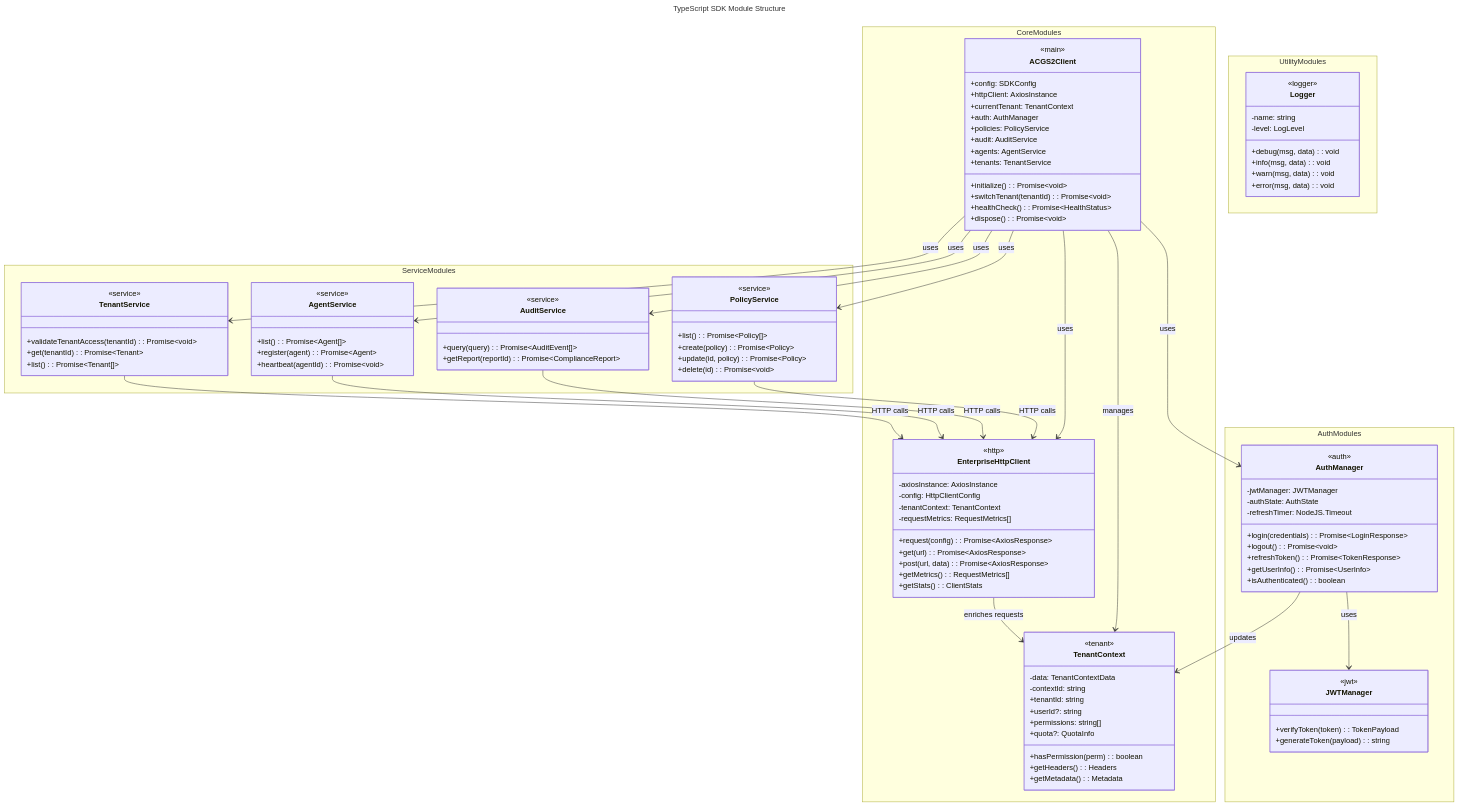
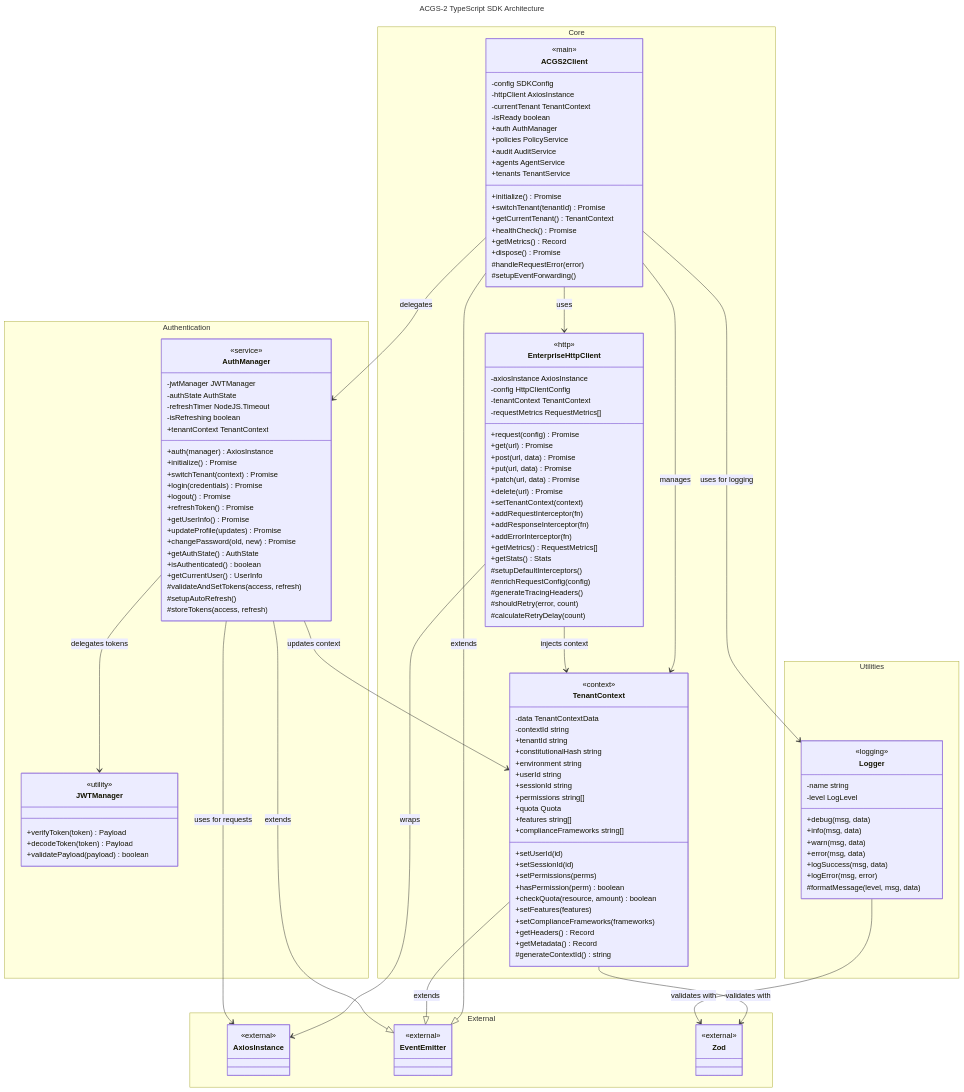
Before and after one commit to dislovelhl/acgs2: the first of 2 diagrams in C4-Documentation/c4-code-typescript-sdk.md, drawn with Mermaid. The commit also changed other lines of this file and 1544 other files, not shown here.

````diff
--- a/C4-Documentation/c4-code-typescript-sdk.md
+++ b/C4-Documentation/c4-code-typescript-sdk.md
@@ -620,128 +584,160 @@
 ```mermaid
 ---
-title: TypeScript SDK Module Structure
+title: ACGS-2 TypeScript SDK Architecture
 ---
 classDiagram
-    namespace CoreModules {
+    namespace Core {
         class ACGS2Client {
             <<main>>
-            +config: SDKConfig
-            +httpClient: AxiosInstance
-            +currentTenant: TenantContext
-            +auth: AuthManager
-            +policies: PolicyService
-            +audit: AuditService
-            +agents: AgentService
-            +tenants: TenantService
-            +initialize(): Promise~void~
-            +switchTenant(tenantId): Promise~void~
-            +healthCheck(): Promise~HealthStatus~
-            +dispose(): Promise~void~
+            -config SDKConfig
+            -httpClient AxiosInstance
+            -currentTenant TenantContext
+            -isReady boolean
+            +auth AuthManager
+            +policies PolicyService
+            +audit AuditService
+            +agents AgentService
+            +tenants TenantService
+            +initialize() Promise
+            +switchTenant(tenantId) Promise
+            +getCurrentTenant() TenantContext
+            +healthCheck() Promise
+            +getMetrics() Record
+            +dispose() Promise
+            #handleRequestError(error)
+            #setupEventForwarding()
         }
 
         class EnterpriseHttpClient {
             <<http>>
-            -axiosInstance: AxiosInstance
-            -config: HttpClientConfig
-            -tenantContext: TenantContext
-            -requestMetrics: RequestMetrics[]
-            +request(config): Promise~AxiosResponse~
-            +get(url): Promise~AxiosResponse~
-            +post(url, data): Promise~AxiosResponse~
-            +getMetrics(): RequestMetrics[]
-            +getStats(): ClientStats
+            -axiosInstance AxiosInstance
+            -config HttpClientConfig
+            -tenantContext TenantContext
+            -requestMetrics RequestMetrics[]
+            +request(config) Promise
+            +get(url) Promise
+            +post(url, data) Promise
+            +put(url, data) Promise
+            +patch(url, data) Promise
+            +delete(url) Promise
+            +setTenantContext(context)
+            +addRequestInterceptor(fn)
+            +addResponseInterceptor(fn)
+            +addErrorInterceptor(fn)
+            +getMetrics() RequestMetrics[]
+            +getStats() Stats
+            #setupDefaultInterceptors()
+            #enrichRequestConfig(config)
+            #generateTracingHeaders()
+            #shouldRetry(error, count)
+            #calculateRetryDelay(count)
         }
 
         class TenantContext {
-            <<tenant>>
-            -data: TenantContextData
-            -contextId: string
-            +tenantId: string
-            +userId?: string
-            +permissions: string[]
-            +quota?: QuotaInfo
-            +hasPermission(perm): boolean
-            +getHeaders(): Headers
-            +getMetadata(): Metadata
+            <<context>>
+            -data TenantContextData
+            -contextId string
+            +tenantId string
+            +constitutionalHash string
+            +environment string
+            +userId string
+            +sessionId string
+            +permissions string[]
+            +quota Quota
+            +features string[]
+            +complianceFrameworks string[]
+            +setUserId(id)
+            +setSessionId(id)
+            +setPermissions(perms)
+            +hasPermission(perm) boolean
+            +checkQuota(resource, amount) boolean
+            +setFeatures(features)
+            +setComplianceFrameworks(frameworks)
+            +getHeaders() Record
+            +getMetadata() Record
+            #generateContextId() string
         }
     }
 
-    namespace AuthModules {
+    namespace Authentication {
         class AuthManager {
-            <<auth>>
-            -jwtManager: JWTManager
-            -authState: AuthState
-            -refreshTimer: NodeJS.Timeout
-            +login(credentials): Promise~LoginResponse~
-            +logout(): Promise~void~
-            +refreshToken(): Promise~TokenResponse~
-            +getUserInfo(): Promise~UserInfo~
-            +isAuthenticated(): boolean
+            <<service>>
+            -jwtManager JWTManager
+            -authState AuthState
+            -refreshTimer NodeJS.Timeout
+            -isRefreshing boolean
+            +auth(manager) AxiosInstance
+            +tenantContext TenantContext
+            +initialize() Promise
+            +switchTenant(context) Promise
+            +login(credentials) Promise
+            +logout() Promise
+            +refreshToken() Promise
+            +getUserInfo() Promise
+            +updateProfile(updates) Promise
+            +changePassword(old, new) Promise
+            +getAuthState() AuthState
+            +isAuthenticated() boolean
+            +getCurrentUser() UserInfo
+            #validateAndSetTokens(access, refresh)
+            #setupAutoRefresh()
+            #storeTokens(access, refresh)
         }
 
         class JWTManager {
-            <<jwt>>
-            +verifyToken(token): TokenPayload
-            +generateToken(payload): string
+            <<utility>>
+            +verifyToken(token) Payload
+            +decodeToken(token) Payload
+            +validatePayload(payload) boolean
         }
     }
 
-    namespace UtilityModules {
+    namespace Utilities {
         class Logger {
-            <<logger>>
-            -name: string
-            -level: LogLevel
-            +debug(msg, data): void
-            +info(msg, data): void
-            +warn(msg, data): void
-            +error(msg, data): void
+            <<logging>>
+            -name string
+            -level LogLevel
+            +debug(msg, data)
+            +info(msg, data)
+            +warn(msg, data)
+            +error(msg, data)
+            +logSuccess(msg, data)
+            +logError(msg, error)
+            #formatMessage(level, msg, data)
         }
     }
 
-    namespace ServiceModules {
-        class PolicyService {
-            <<service>>
-            +list(): Promise~Policy[]~
-            +create(policy): Promise~Policy~
-            +update(id, policy): Promise~Policy~
-            +delete(id): Promise~void~
+    namespace External {
+        class AxiosInstance {
+            <<external>>
         }
 
-        class AuditService {
-            <<service>>
-            +query(query): Promise~AuditEvent[]~
-            +getReport(reportId): Promise~ComplianceReport~
+        class EventEmitter {
+            <<external>>
         }
 
-        class AgentService {
-            <<service>>
-            +list(): Promise~Agent[]~
-            +register(agent): Promise~Agent~
-            +heartbeat(agentId): Promise~void~
-        }
-
-        class TenantService {
-            <<service>>
-            +validateTenantAccess(tenantId): Promise~void~
-            +get(tenantId): Promise~Tenant~
-            +list(): Promise~Tenant[]~
+        class Zod {
+            <<external>>
         }
     }
 
+    ACGS2Client --|> EventEmitter: extends
     ACGS2Client --> EnterpriseHttpClient: uses
     ACGS2Client --> TenantContext: manages
-    ACGS2Client --> AuthManager: uses
-    ACGS2Client --> PolicyService: uses
-    ACGS2Client --> AuditService: uses
-    ACGS2Client --> AgentService: uses
-    ACGS2Client --> TenantService: uses
+    ACGS2Client --> AuthManager: delegates
 
-    EnterpriseHttpClient --> TenantContext: enriches requests
-    AuthManager --> TenantContext: updates
-    AuthManager --> JWTManager: uses
+    EnterpriseHttpClient --> AxiosInstance: wraps
+    EnterpriseHttpClient --> TenantContext: injects context
 
-    PolicyService --> EnterpriseHttpClient: HTTP calls
-    AuditService --> EnterpriseHttpClient: HTTP calls
-    AgentService --> EnterpriseHttpClient: HTTP calls
-    TenantService --> EnterpriseHttpClient: HTTP calls
+    TenantContext --|> EventEmitter: extends
+    TenantContext --> Zod: validates with
+
+    AuthManager --|> EventEmitter: extends
+    AuthManager --> AxiosInstance: uses for requests
+    AuthManager --> TenantContext: updates context
+    AuthManager --> JWTManager: delegates tokens
+
+    Logger --> Zod: validates with
+
+    ACGS2Client --> Logger: uses for logging
 ```
````
